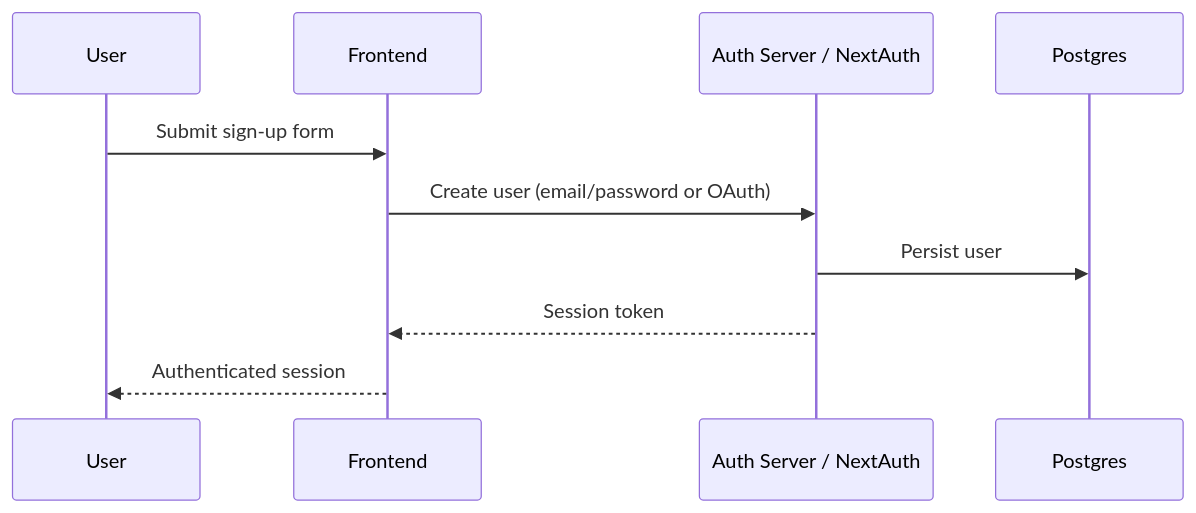
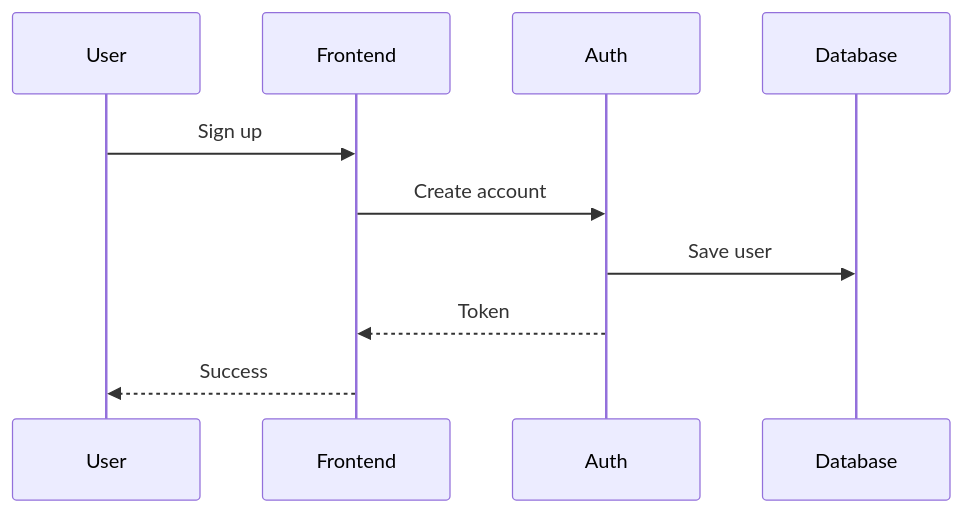
Before and after one commit to Ndifreke000/Onyxlytics: the second of 2 diagrams in README.md, drawn with Mermaid. The commit also changed other lines of this file, not shown here.

````diff
--- a/README.md
+++ b/README.md
@@ -55,12 +65,8 @@
 ```mermaid
 sequenceDiagram
-  participant U as User
-  participant F as Frontend
-  participant A as Auth Server / NextAuth
-  participant DB as Postgres
-  U->>F: Submit sign-up form
-  F->>A: Create user (email/password or OAuth)
-  A->>DB: Persist user
-  A-->>F: Session token
-  F-->>U: Authenticated session
+    User->>Frontend: Sign up
+    Frontend->>Auth: Create account
+    Auth->>Database: Save user
+    Auth-->>Frontend: Token
+    Frontend-->>User: Success
 ```
````
